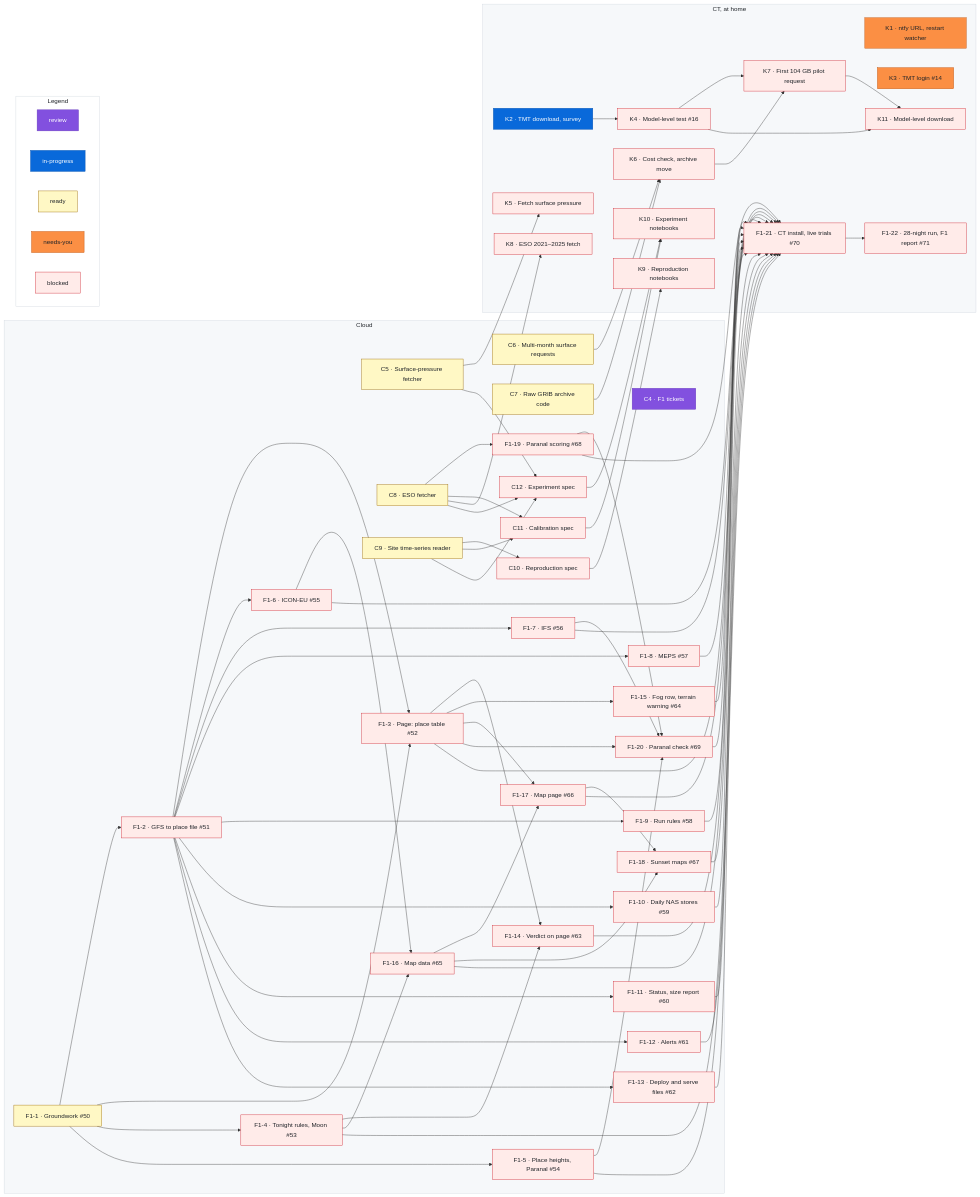
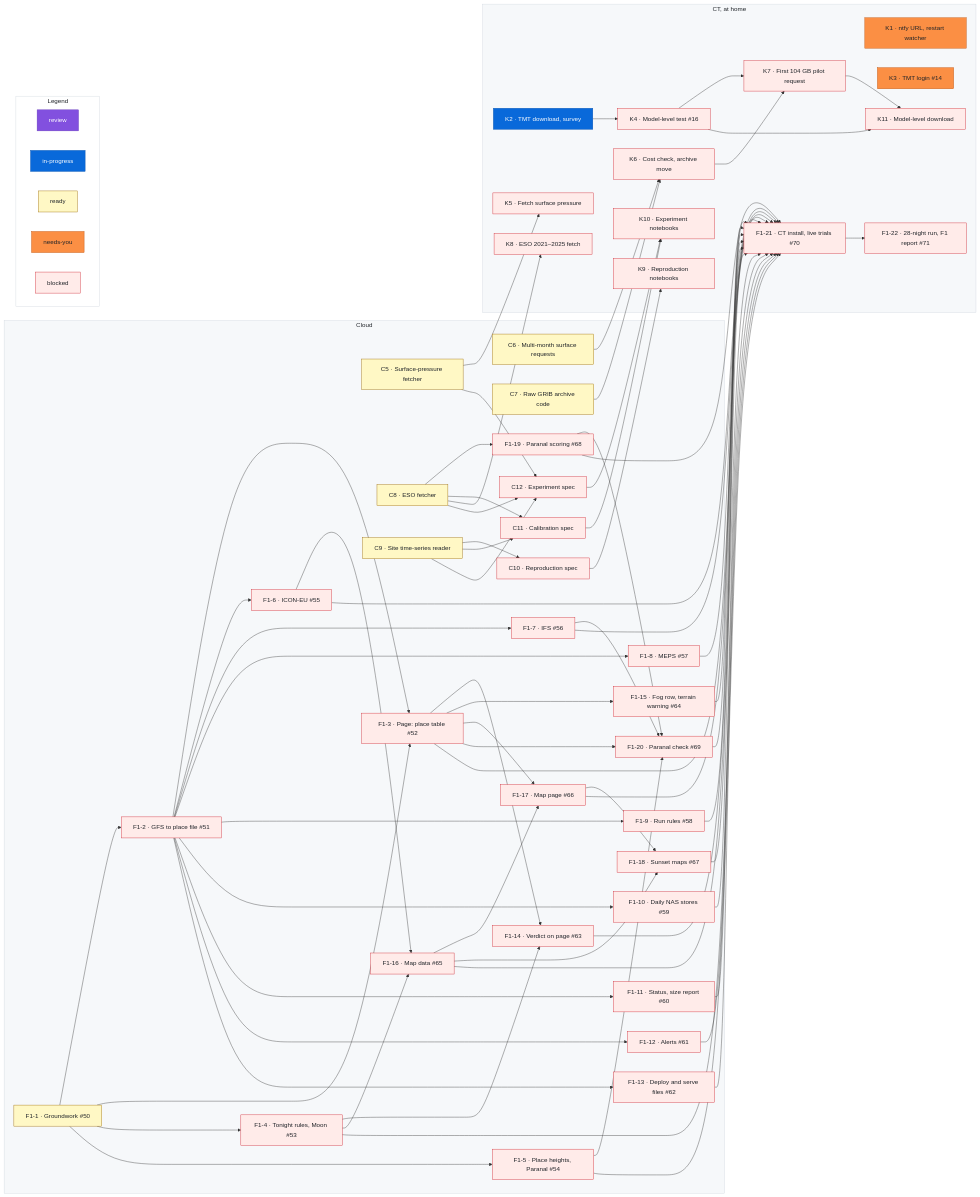
One commit to rrweller/Astro-seeing changed the diagram in docs/roadmap.md. Above: the diagram before and after it, drawn with Mermaid. The commit also changed other lines of this file, not shown here.

Commit message:
roadmap: remove C4 (#72 merged)

````diff
--- a/docs/roadmap.md
+++ b/docs/roadmap.md
@@ -109,7 +107,6 @@
 ```mermaid
 flowchart LR
   subgraph cloud["Cloud"]
-    C4["C4 · F1 tickets"]
     C5["C5 · Surface-pressure fetcher"]
     C6["C6 · Multi-month surface requests"]
     C7["C7 · Raw GRIB archive code"]
@@ -233,8 +230,6 @@
   classDef needsyou fill:#fb8f44,stroke:#bc4c00,color:#1f2328
   classDef blocked fill:#ffebe9,stroke:#cf222e,color:#1f2328
   %% Status lines: one per item, each followed by a `%% ---` spacer. Sessions change only the last word.
-  class C4 review
-  %% ---
   class C5 ready
   %% ---
   class C6 ready
````
